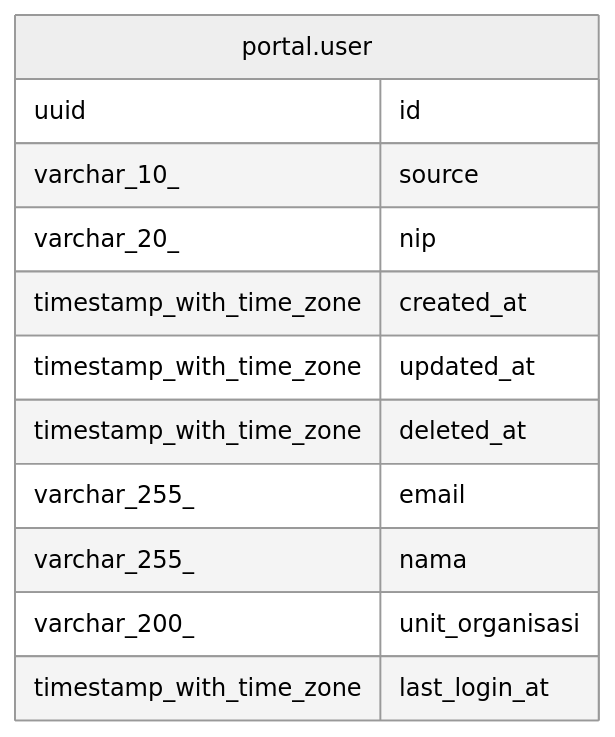
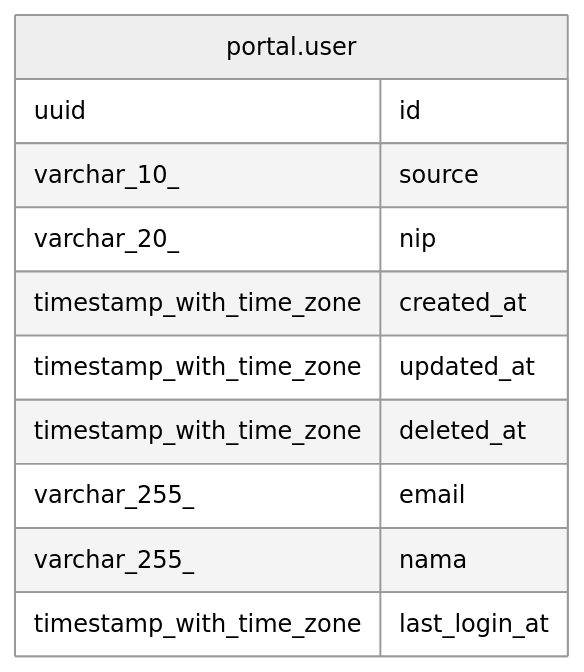
One commit to nandanugg/triforce.nvim changed the diagram in services/portal/docs/db/portal.user.md. Above: the diagram before and after it, drawn with Mermaid (neutral theme). The commit also changed other lines of this file and 14 other files, not shown here.

````diff
--- a/services/portal/docs/db/portal.user.md
+++ b/services/portal/docs/db/portal.user.md
@@ -35,17 +34,16 @@
 ```mermaid
 erDiagram
 
 
 "portal.user" {
   uuid id
   varchar_10_ source
   varchar_20_ nip
   timestamp_with_time_zone created_at
   timestamp_with_time_zone updated_at
   timestamp_with_time_zone deleted_at
   varchar_255_ email
   varchar_255_ nama
-  varchar_200_ unit_organisasi
   timestamp_with_time_zone last_login_at
 }
 ```
````
